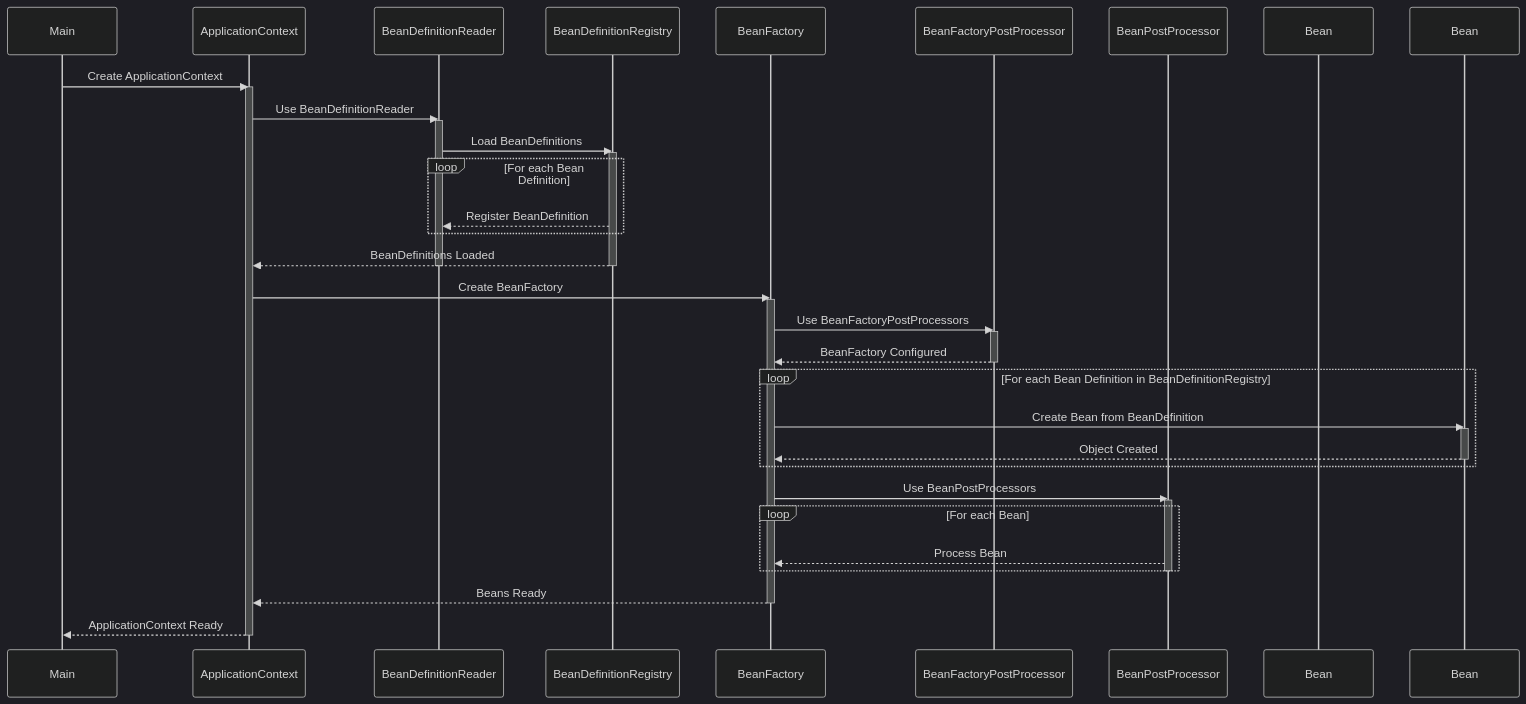
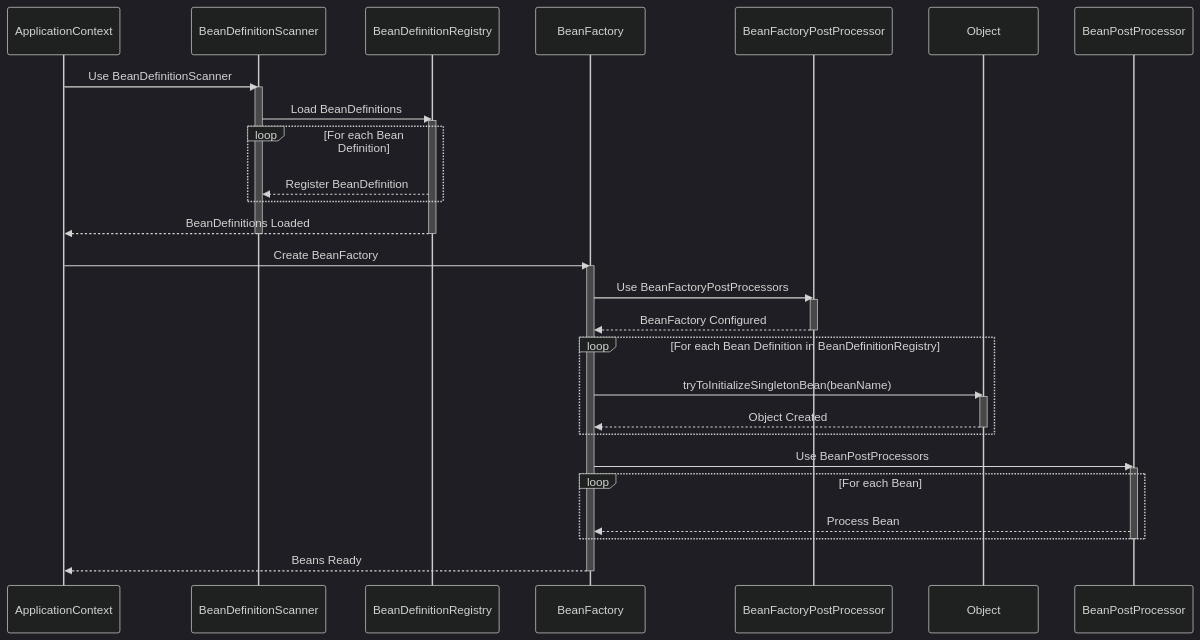
One commit to hoverla-team-2023/HoverlaBring changed the second of 2 diagrams in BringContext/diagrams.md. Above: the diagram before and after it, drawn with Mermaid (dark theme). The commit also changed other lines of this file, not shown here.

Commit message:
fix: updated diagram

````diff
--- a/BringContext/diagrams.md
+++ b/BringContext/diagrams.md
@@ -173,53 +62,47 @@
 ```mermaid
 sequenceDiagram
-    participant Main
     participant ApplicationContext as ApplicationContext
-    participant BeanDefinitionReader as BeanDefinitionReader
+    participant BeanDefinitionScanner as BeanDefinitionScanner
     participant BeanDefinitionRegistry as BeanDefinitionRegistry
     participant BeanFactory as BeanFactory
     participant BeanFactoryPostProcessor as BeanFactoryPostProcessor
+    participant Object as Object
     participant BeanPostProcessor as BeanPostProcessor
-    participant Object as Bean
 
-    Main->>ApplicationContext: Create ApplicationContext
-    activate ApplicationContext
 
-    ApplicationContext->>BeanDefinitionReader: Use BeanDefinitionReader
-    activate BeanDefinitionReader
-    BeanDefinitionReader->>BeanDefinitionRegistry: Load BeanDefinitions
+    ApplicationContext->>BeanDefinitionScanner: Use BeanDefinitionScanner
+    activate BeanDefinitionScanner
+    BeanDefinitionScanner->>BeanDefinitionRegistry: Load BeanDefinitions
     activate BeanDefinitionRegistry
     loop For each Bean Definition
-        BeanDefinitionRegistry-->>BeanDefinitionReader: Register BeanDefinition
+        BeanDefinitionRegistry-->>BeanDefinitionScanner: Register BeanDefinition
     end
     BeanDefinitionRegistry-->>ApplicationContext: BeanDefinitions Loaded
     deactivate BeanDefinitionRegistry
-    deactivate BeanDefinitionReader
+    deactivate BeanDefinitionScanner
 
     ApplicationContext->>BeanFactory: Create BeanFactory
     activate BeanFactory
     BeanFactory->>BeanFactoryPostProcessor: Use BeanFactoryPostProcessors
     activate BeanFactoryPostProcessor
     BeanFactoryPostProcessor-->>BeanFactory: BeanFactory Configured
     deactivate BeanFactoryPostProcessor
 
     loop For each Bean Definition in BeanDefinitionRegistry
-        BeanFactory->>Bean: Create Bean from BeanDefinition
-        activate Bean
-        Bean-->>BeanFactory: Object Created
-        deactivate Bean
+        BeanFactory->>Object: tryToInitializeSingletonBean(beanName)
+        activate Object
+        Object-->>BeanFactory: Object Created
+        deactivate Object
     end
 
     BeanFactory->>BeanPostProcessor: Use BeanPostProcessors
     activate BeanPostProcessor
     loop For each Bean
         BeanPostProcessor-->>BeanFactory: Process Bean
     end
     deactivate BeanPostProcessor
 
     BeanFactory-->>ApplicationContext: Beans Ready
     deactivate BeanFactory
-
-    ApplicationContext-->>Main: ApplicationContext Ready
-    deactivate ApplicationContext
-
+    
 ```
````
